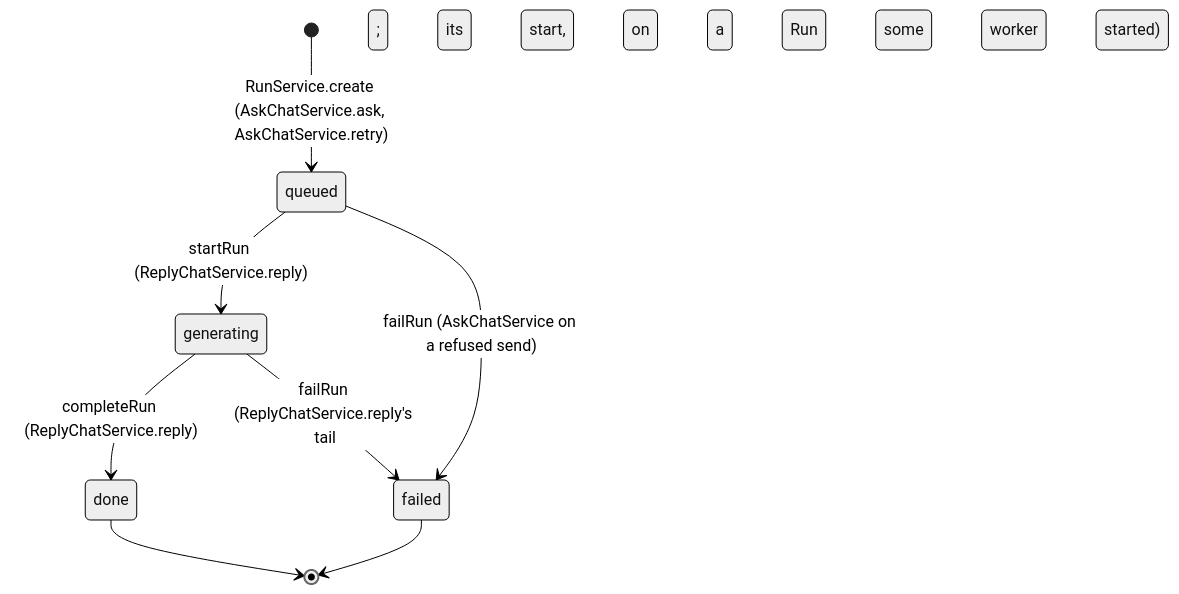
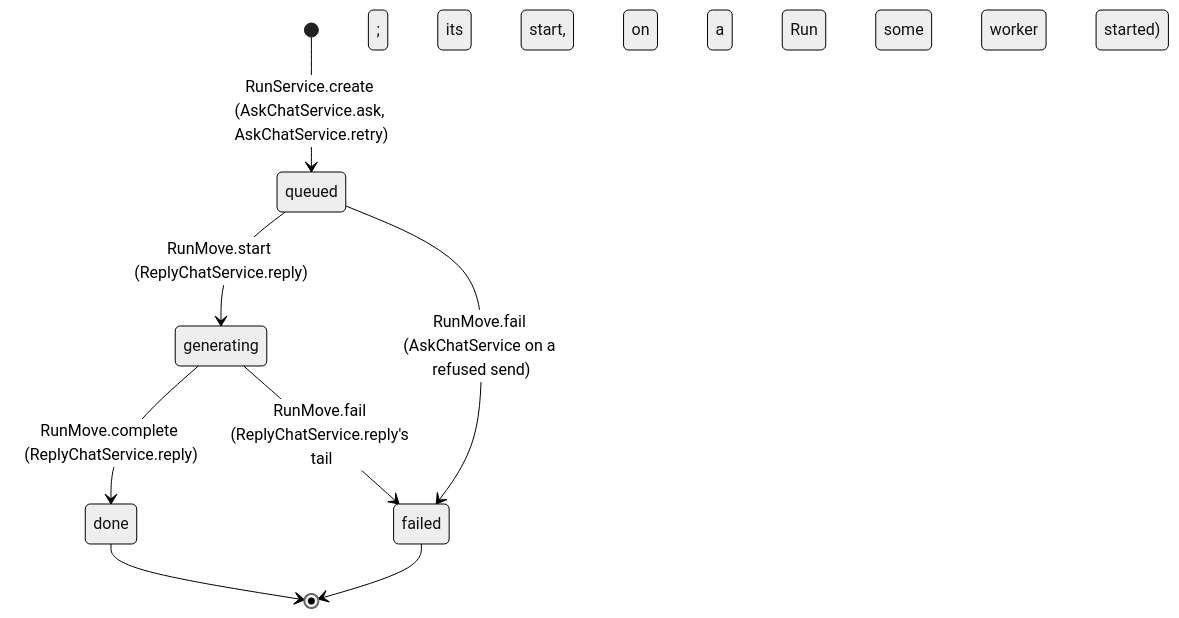
The diagram in docs/knowledge/database.md (khotei/app-template), drawn with Mermaid (neutral theme) before and after one commit. The commit also changed other lines of this file and 151 other files, not shown here.

````diff
--- a/docs/knowledge/database.md
+++ b/docs/knowledge/database.md
@@ -286,10 +292,10 @@
 ```mermaid
 stateDiagram-v2
   [*] --> queued: RunService.create (AskChatService.ask, AskChatService.retry)
-  queued --> generating: startRun (ReplyChatService.reply)
-  queued --> failed: failRun (AskChatService on a refused send)
-  generating --> done: completeRun (ReplyChatService.reply)
-  generating --> failed: failRun (ReplyChatService.reply's tail; its start, on a Run some worker started)
+  queued --> generating: RunMove.start (ReplyChatService.reply)
+  queued --> failed: RunMove.fail (AskChatService on a refused send)
+  generating --> done: RunMove.complete (ReplyChatService.reply)
+  generating --> failed: RunMove.fail (ReplyChatService.reply's tail; its start, on a Run some worker started)
   done --> [*]
   failed --> [*]
 ```
````
